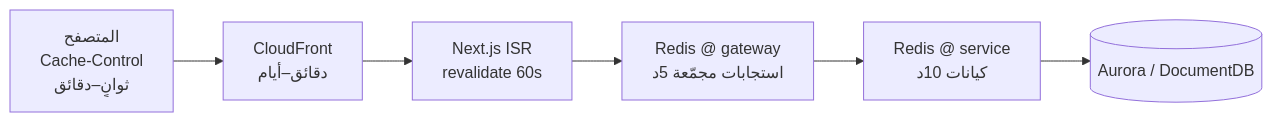
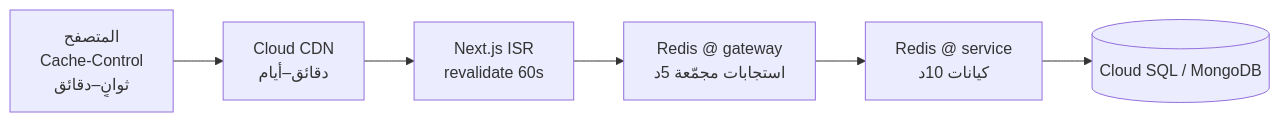
One commit to ahmedselimmansor-ctrl/ecomerce-microservices changed the second of 2 diagrams in docs/04-scalability.md. Above: the diagram before and after it, drawn with Mermaid. The commit also changed other lines of this file and 85 other files, not shown here.

````diff
--- a/docs/04-scalability.md
+++ b/docs/04-scalability.md
@@ -101,8 +109,8 @@
 ```mermaid
 flowchart LR
-    B["المتصفح<br/>Cache-Control<br/>ثوانٍ–دقائق"] --> CF["CloudFront<br/>دقائق–أيام"]
+    B["المتصفح<br/>Cache-Control<br/>ثوانٍ–دقائق"] --> CF["Cloud CDN<br/>دقائق–أيام"]
     CF --> ISR["Next.js ISR<br/>revalidate 60s"]
     ISR --> GWC["Redis @ gateway<br/>استجابات مجمّعة 5د"]
     GWC --> SVC["Redis @ service<br/>كيانات 10د"]
-    SVC --> DB[("Aurora / DocumentDB")]
+    SVC --> DB[("Cloud SQL / MongoDB")]
 ```
````
